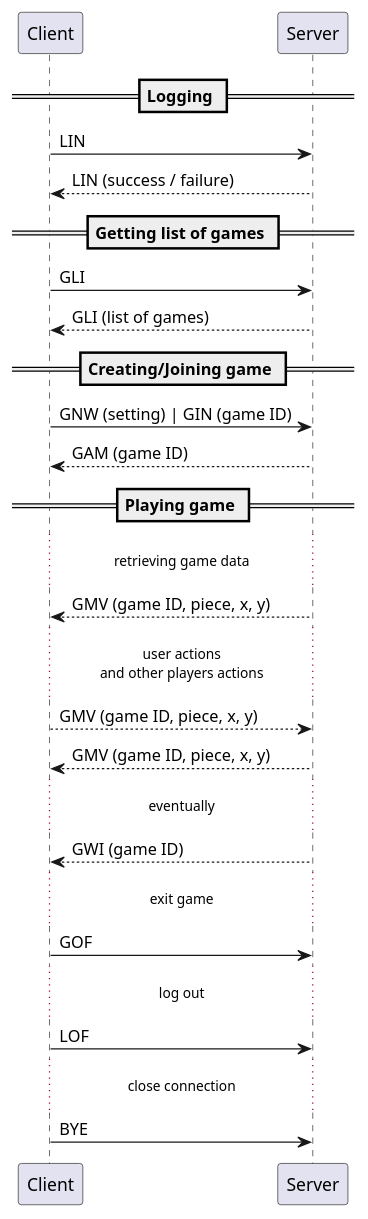
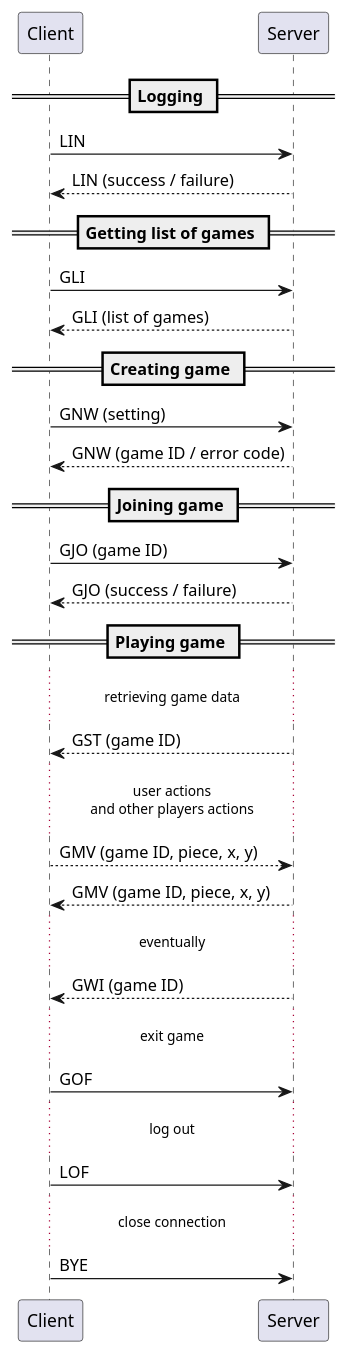
One commit to Hartrik/KIV-UPS changed the diagram in doc/sequence-diagram.puml. Above: the diagram before and after it, drawn with PlantUML. The commit also changed 1 other file, not shown here.

Commit message:
Update diagrams

```diff
--- a/doc/sequence-diagram.puml
+++ b/doc/sequence-diagram.puml
@@ -1,45 +1,49 @@
 @startuml
 
 == Logging ==
 
 Client -> Server: LIN
 Client <-- Server: LIN (success / failure)
 
 == Getting list of games ==
 
 Client -> Server: GLI
 Client <-- Server: GLI (list of games)
 
-== Creating/Joining game ==
+== Creating game ==
+Client -> Server: GNW (setting)
+Client <-- Server: GNW (game ID / error code)
 
-Client -> Server: GNW (setting) | GIN (game ID)
-Client <-- Server: GAM (game ID)
+== Joining game ==
+
+Client -> Server: GJO (game ID)
+Client <-- Server: GJO (success / failure)
 
 == Playing game ==
 
 ...retrieving game data...
 
-Client <-- Server: GMV (game ID, piece, x, y)
+Client <-- Server: GST (game ID)
 
 ...user actions\nand other players actions...
 
 Client --> Server: GMV (game ID, piece, x, y)
 Client <-- Server: GMV (game ID, piece, x, y)
 
 ...eventually...
 
 Client <-- Server: GWI (game ID)
 
 ...exit game...
 
 Client -> Server: GOF
 
 ...log out...
 
 Client -> Server: LOF
 
 ...close connection...
 
 Client -> Server: BYE
 
 @enduml
```
